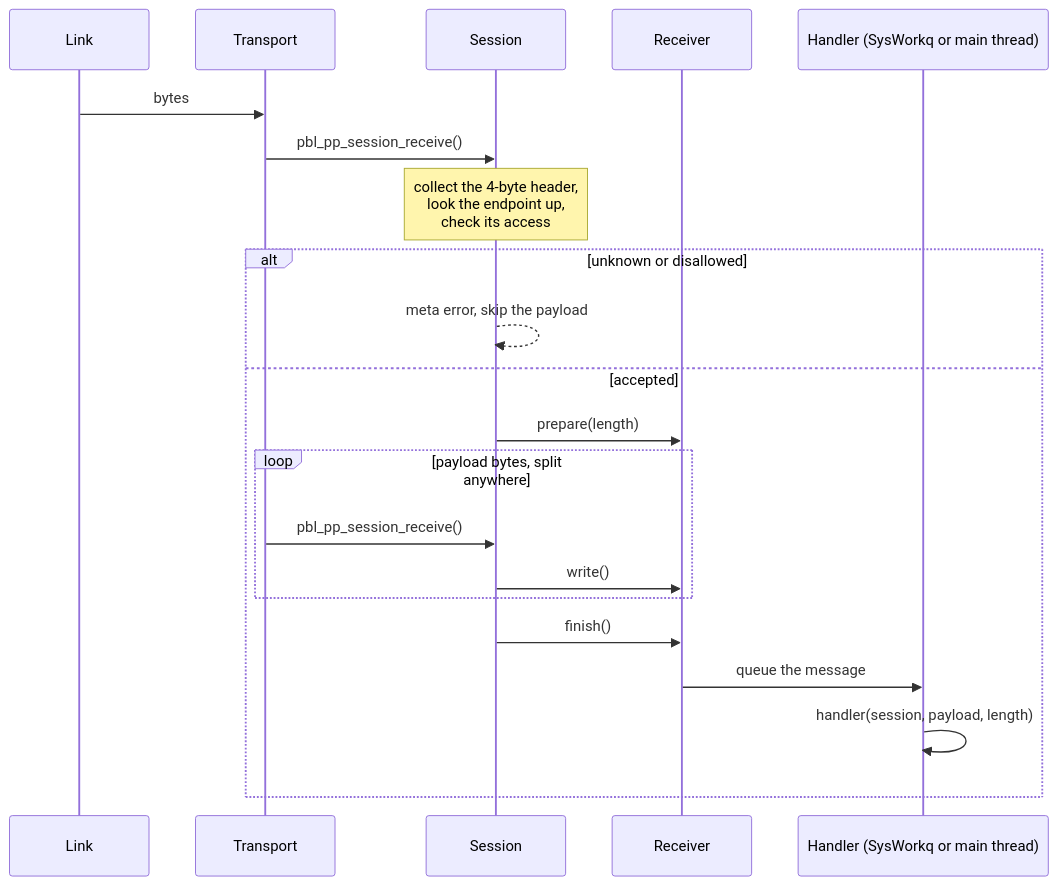
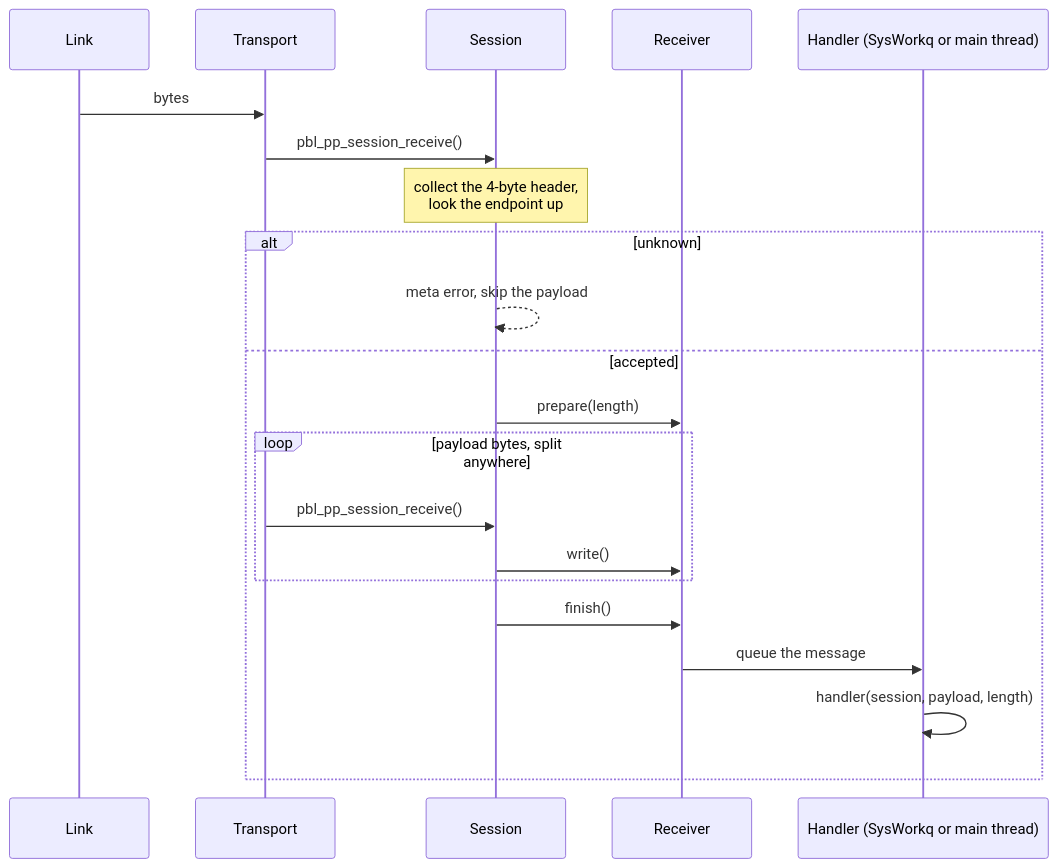
Before and after one commit to coredevices/PebbleOS: the third of 4 diagrams in docs/subsystems/pp/index.md, drawn with Mermaid. The commit also changed other lines of this file and 71 other files, not shown here.

````diff
--- a/docs/subsystems/pp/index.md
+++ b/docs/subsystems/pp/index.md
@@ -189,23 +186,23 @@
 ```{mermaid}
 sequenceDiagram
   participant L as Link
   participant T as Transport
   participant S as Session
   participant R as Receiver
   participant H as Handler (SysWorkq or main thread)
   L->>T: bytes
   T->>S: pbl_pp_session_receive()
-  Note over S: collect the 4-byte header,<br/>look the endpoint up,<br/>check its access
-  alt unknown or disallowed
+  Note over S: collect the 4-byte header,<br/>look the endpoint up
+  alt unknown
     S-->>S: meta error, skip the payload
   else accepted
     S->>R: prepare(length)
     loop payload bytes, split anywhere
       T->>S: pbl_pp_session_receive()
       S->>R: write()
     end
     S->>R: finish()
     R->>H: queue the message
     H->>H: handler(session, payload, length)
   end
 ```
````
